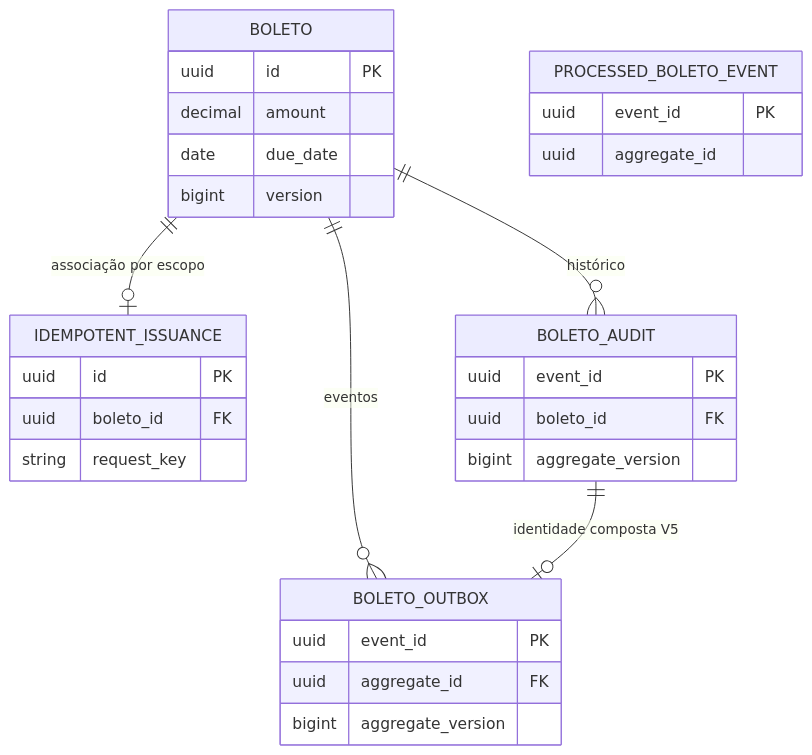
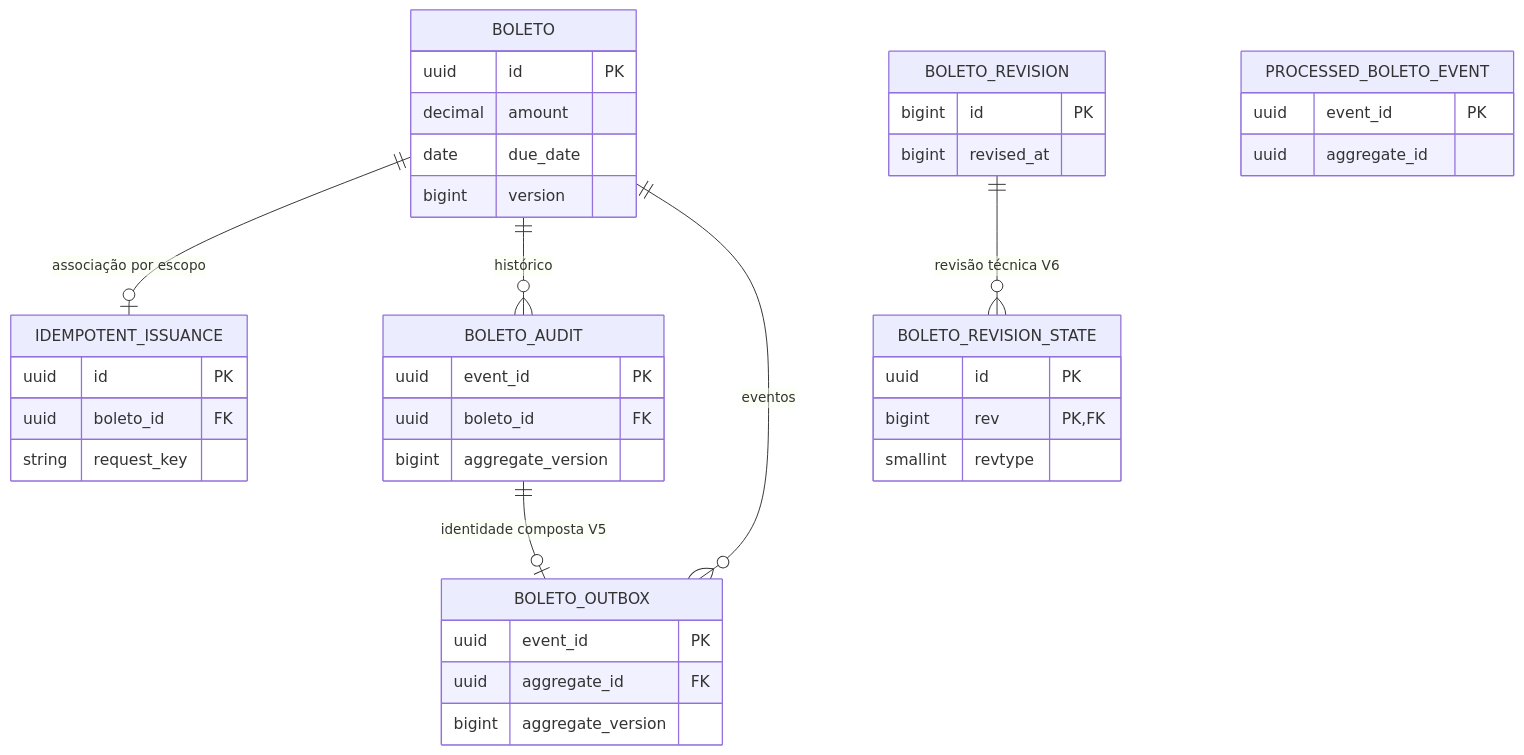
Before and after one commit to jonatadev/BoletoPaymentLab: the first of 2 diagrams in docs-site/docs/operacao/dados.mdx, drawn with Mermaid. The commit also changed other lines of this file and 13 other files, not shown here.

````diff
--- a/docs-site/docs/operacao/dados.mdx
+++ b/docs-site/docs/operacao/dados.mdx
@@ -83,34 +89,44 @@
 ```mermaid
 erDiagram
   accTitle: Modelo relacional PostgreSQL
   accDescr: As relações mostram referências e cardinalidades.
   BOLETO ||--o| IDEMPOTENT_ISSUANCE : "associação por escopo"
   BOLETO ||--o{ BOLETO_AUDIT : "histórico"
   BOLETO ||--o{ BOLETO_OUTBOX : "eventos"
   BOLETO_AUDIT ||--o| BOLETO_OUTBOX : "identidade composta V5"
+  BOLETO_REVISION ||--o{ BOLETO_REVISION_STATE : "revisão técnica V6"
   BOLETO {
     uuid id PK
     decimal amount
     date due_date
     bigint version
   }
   IDEMPOTENT_ISSUANCE {
     uuid id PK
     uuid boleto_id FK
     string request_key
   }
   BOLETO_AUDIT {
     uuid event_id PK
     uuid boleto_id FK
     bigint aggregate_version
   }
   BOLETO_OUTBOX {
     uuid event_id PK
     uuid aggregate_id FK
     bigint aggregate_version
   }
   PROCESSED_BOLETO_EVENT {
     uuid event_id PK
     uuid aggregate_id
   }
+  BOLETO_REVISION {
+    bigint id PK
+    bigint revised_at
+  }
+  BOLETO_REVISION_STATE {
+    uuid id PK
+    bigint rev PK, FK
+    smallint revtype
+  }
 ```
````
